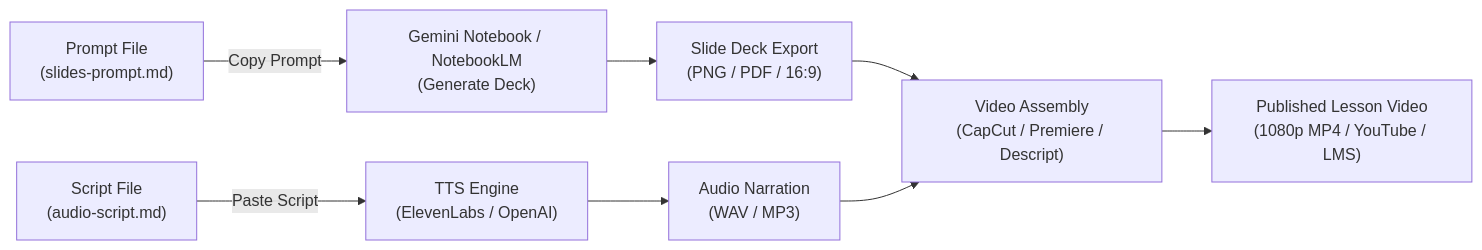
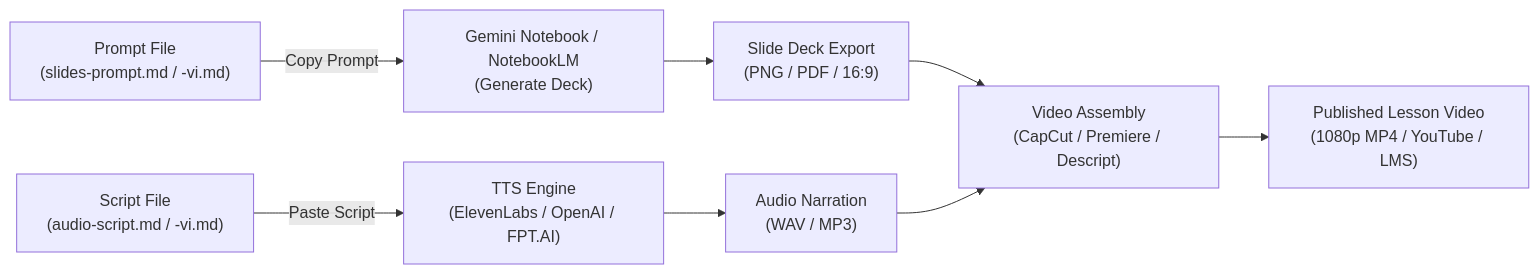
The diagram in docs/academy/README-slides-and-audio-catalog.md (vutasoftvn/javis-saas), drawn with Mermaid before and after one commit. The commit also changed other lines of this file and 129 other files, not shown here.

````diff
--- a/docs/academy/README-slides-and-audio-catalog.md
+++ b/docs/academy/README-slides-and-audio-catalog.md
@@ -13,10 +15,10 @@
 ```mermaid
 flowchart LR
-    A["Prompt File<br/>(slides-prompt.md)"] -->|Copy Prompt| B["Gemini Notebook / NotebookLM<br/>(Generate Deck)"]
+    A["Prompt File<br/>(slides-prompt.md / -vi.md)"] -->|Copy Prompt| B["Gemini Notebook / NotebookLM<br/>(Generate Deck)"]
     B --> C["Slide Deck Export<br/>(PNG / PDF / 16:9)"]
-    D["Script File<br/>(audio-script.md)"] -->|Paste Script| E["TTS Engine<br/>(ElevenLabs / OpenAI)"]
+    D["Script File<br/>(audio-script.md / -vi.md)"] -->|Paste Script| E["TTS Engine<br/>(ElevenLabs / OpenAI / FPT.AI)"]
     E --> F["Audio Narration<br/>(WAV / MP3)"]
     C --> G["Video Assembly<br/>(CapCut / Premiere / Descript)"]
     F --> G
     G --> H["Published Lesson Video<br/>(1080p MP4 / YouTube / LMS)"]
 ```
````
